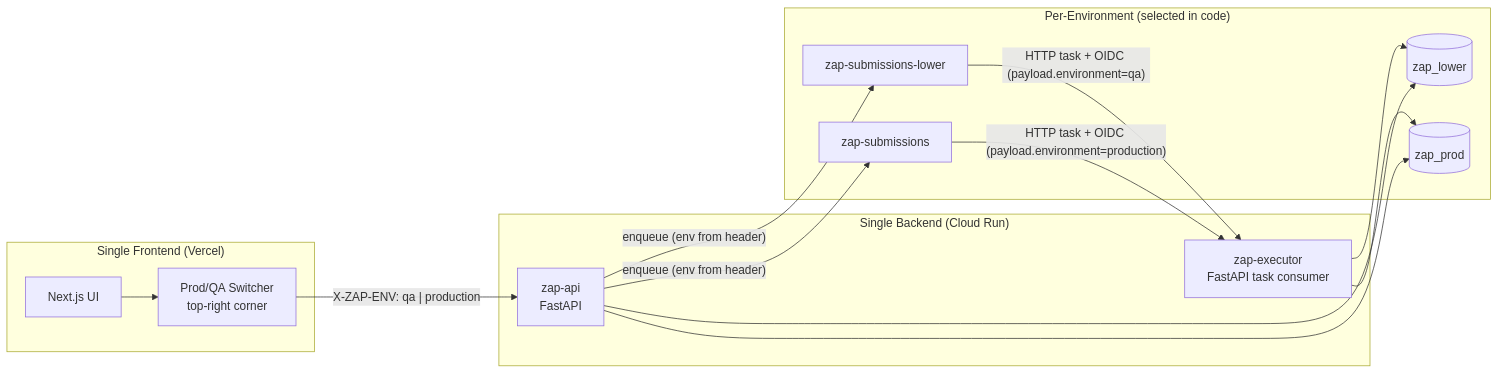
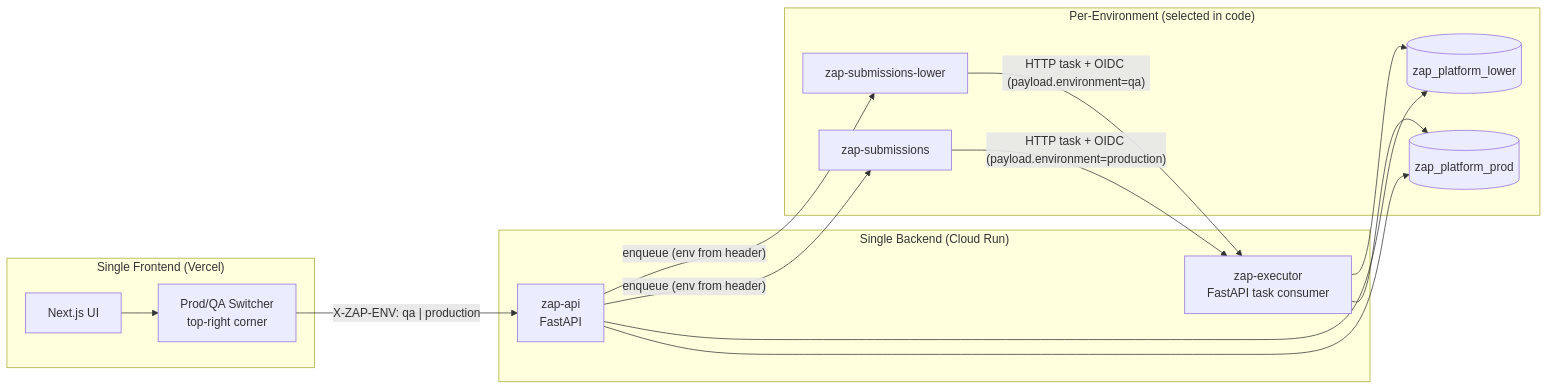
One commit to alendnl/zap changed the diagram in docs/HANDOFF-issue-010-single-deployment-env-switcher.md. Above: the diagram before and after it, drawn with Mermaid. The commit also changed other lines of this file, not shown here.

Commit message:
docs(issue-010): use zap_platform_lower / zap_platform_prod DB names

````diff
--- a/docs/HANDOFF-issue-010-single-deployment-env-switcher.md
+++ b/docs/HANDOFF-issue-010-single-deployment-env-switcher.md
@@ -33,28 +33,28 @@
 ```mermaid
 flowchart LR
     subgraph FE["Single Frontend (Vercel)"]
         UI[Next.js UI]
         SW[Prod/QA Switcher<br/>top-right corner]
     end
     subgraph BE["Single Backend (Cloud Run)"]
         API[zap-api<br/>FastAPI]
         EXEC[zap-executor<br/>FastAPI task consumer]
     end
     subgraph INFRA["Per-Environment (selected in code)"]
-        DBQ[(zap_lower)]
-        DBP[(zap_prod)]
+        DBQ[(zap_platform_lower)]
+        DBP[(zap_platform_prod)]
         QQ[zap-submissions-lower]
         QP[zap-submissions]
     end
 
     UI --> SW
     SW -->|"X-ZAP-ENV: qa | production"| API
     API -->|"enqueue (env from header)"| QQ
     API -->|"enqueue (env from header)"| QP
     QQ -->|"HTTP task + OIDC (payload.environment=qa)"| EXEC
     QP -->|"HTTP task + OIDC (payload.environment=production)"| EXEC
     API --> DBQ
     API --> DBP
     EXEC --> DBQ
     EXEC --> DBP
 ```
````
